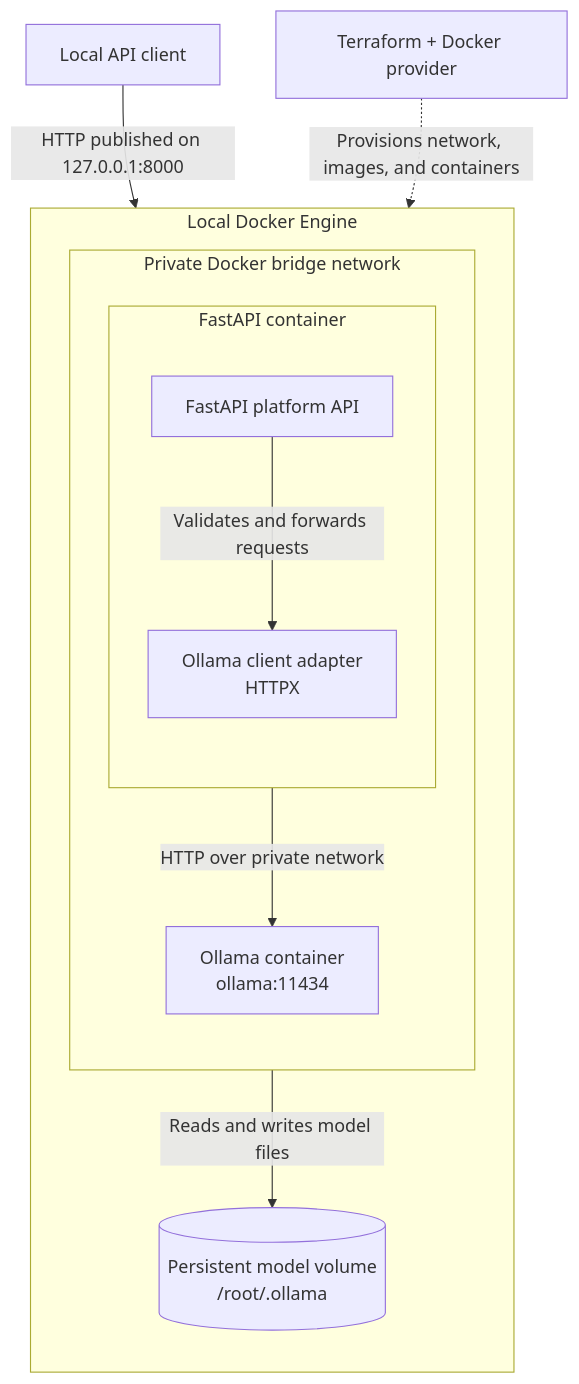
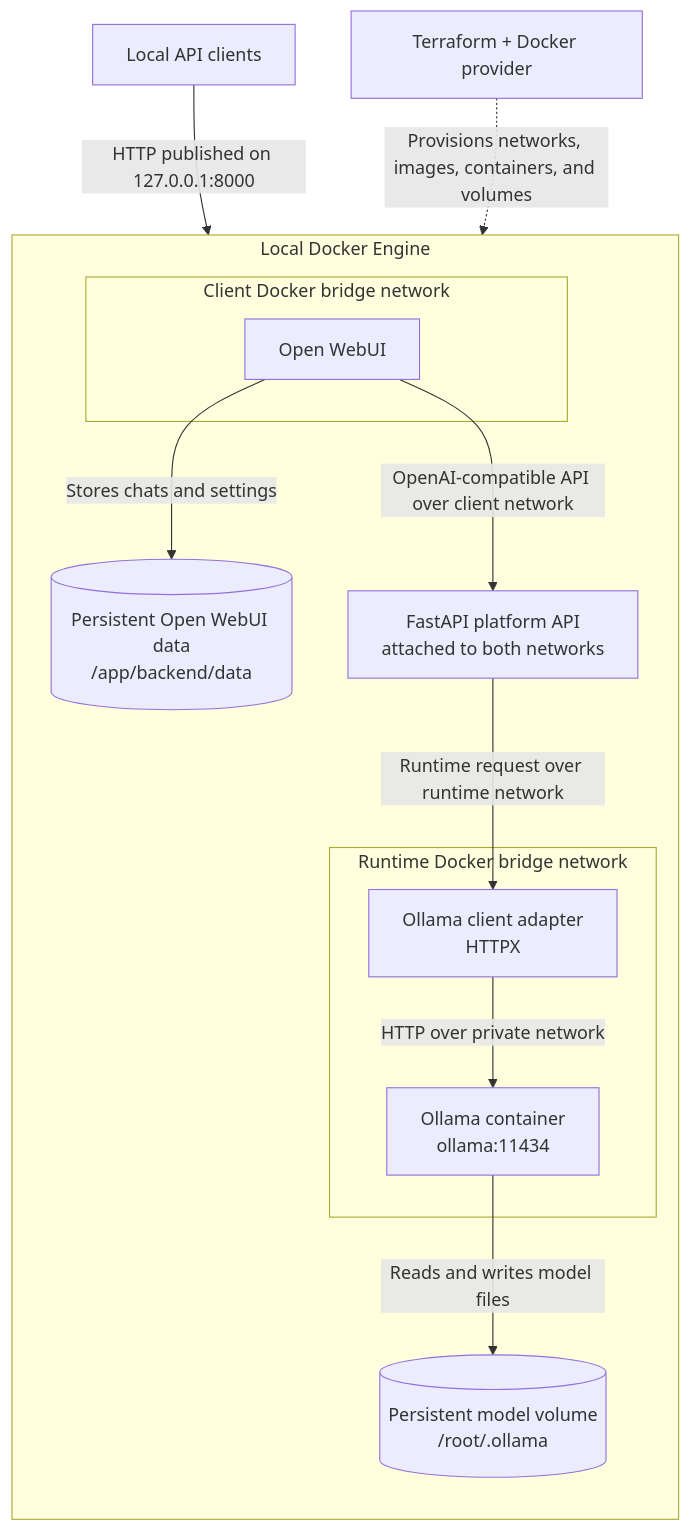
Before and after one commit to BinarySyrup/AI-Platform-Foundation-Local: the diagram in docs/architecture.md, drawn with Mermaid. The commit also changed other lines of this file and 15 other files, not shown here.

First line of the commit message:
• feat: add Open WebUI chat client

````diff
--- a/docs/architecture.md
+++ b/docs/architecture.md
@@ -30,27 +32,31 @@
 ```mermaid
 flowchart TD
-    Client["Local API client"]
+    Client["Local API clients"]
+    UI["Open WebUI"]
     Terraform["Terraform + Docker provider"]
 
     subgraph Docker["Local Docker Engine"]
         direction TB
-        subgraph Network["Private Docker bridge network"]
-            direction TB
-            subgraph APIContainer["FastAPI container"]
-                direction TB
-                API["FastAPI platform API"]
-                Adapter["Ollama client adapter<br/>HTTPX"]
-                API -->|Validates and forwards requests| Adapter
-            end
+        subgraph ClientNetwork["Client Docker bridge network"]
+            UI
+        end
 
+        subgraph RuntimeNetwork["Runtime Docker bridge network"]
+            Adapter["Ollama client adapter<br/>HTTPX"]
             Ollama["Ollama container<br/>ollama:11434"]
             Adapter -->|HTTP over private network| Ollama
         end
 
+        API["FastAPI platform API<br/>attached to both networks"]
+
         ModelVolume[("Persistent model volume<br/>/root/.ollama")]
         Ollama -->|Reads and writes model files| ModelVolume
+        UIData[("Persistent Open WebUI data<br/>/app/backend/data")]
+        UI -->|Stores chats and settings| UIData
     end
 
     Client -->|HTTP published on 127.0.0.1:8000| API
-    Terraform -. "Provisions network, images, and containers" .-> Docker
+    UI -->|OpenAI-compatible API over client network| API
+    API -->|Runtime request over runtime network| Adapter
+    Terraform -. "Provisions networks, images, containers, and volumes" .-> Docker
 ```
````
